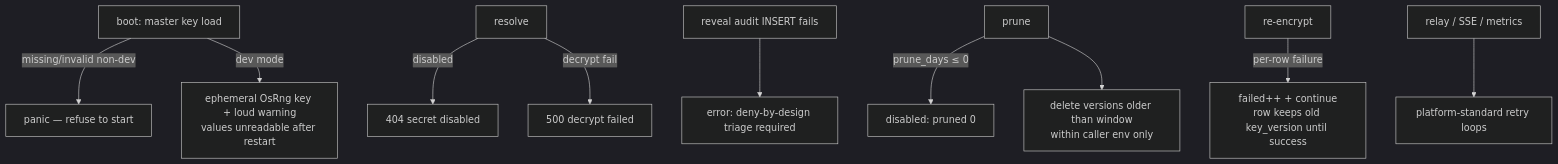
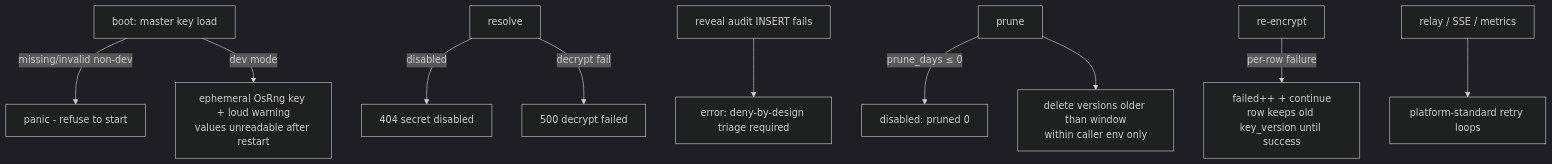
One commit to Sentin8/sentin8-site changed the seventh of 9 diagrams in docs/services/secrets/design.md. Above: the diagram before and after it, drawn with Mermaid (dark theme). The commit also changed other lines of this file and 105 other files, not shown here.

````diff
--- a/docs/services/secrets/design.md
+++ b/docs/services/secrets/design.md
@@ -240,12 +240,12 @@
 ```mermaid
 flowchart TD
-    BOOT[boot: master key load] -->|missing/invalid non-dev| PANIC[panic — refuse to start]
+    BOOT[boot: master key load] -->|missing/invalid non-dev| PANIC[panic - refuse to start]
     BOOT -->|dev mode| DEV[ephemeral OsRng key + loud warning<br/>values unreadable after restart]
     RES[resolve] -->|disabled| R404[404 secret disabled]
     RES -->|decrypt fail| R500[500 decrypt failed]
     AUD[reveal audit INSERT fails] --> ERRLOG[error: deny-by-design triage required]
     PRUNE[prune] -->|prune_days ≤ 0| OFF[disabled: pruned 0]
     PRUNE --> DEL[delete versions older than window<br/>within caller env only]
     RE[re-encrypt] -->|per-row failure| CONT[failed++ + continue<br/>row keeps old key_version until success]
     REL[relay / SSE / metrics] --> LOOP[platform-standard retry loops]
 ```
````
